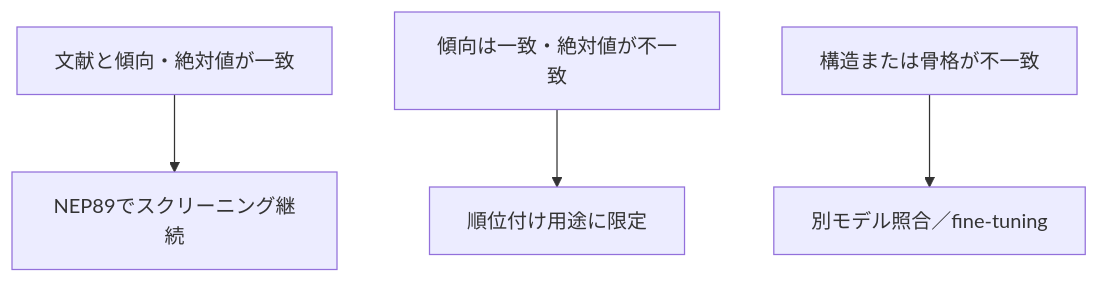
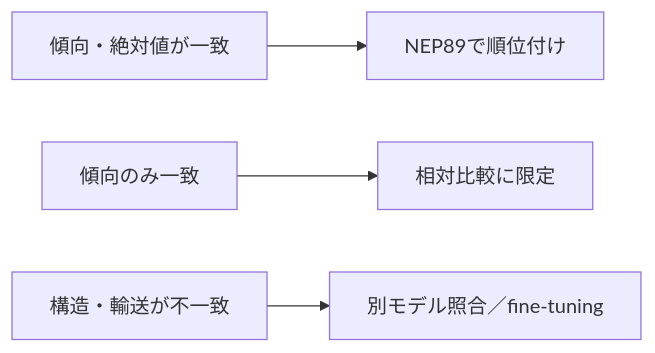
One commit to Long-Brian-Yang/li-research changed the third of 5 diagrams in docs/presentations/pretrained_potential_screening_proposal_7min_ja.md. Above: the diagram before and after it, drawn with Mermaid. The commit also changed other lines of this file, not shown here.

````diff
--- a/docs/presentations/pretrained_potential_screening_proposal_7min_ja.md
+++ b/docs/presentations/pretrained_potential_screening_proposal_7min_ja.md
@@ -244,6 +246,6 @@
 ```mermaid
-flowchart TD
-    A[文献と傾向・絶対値が一致] --> B[NEP89でスクリーニング継続]
-    C[傾向は一致・絶対値が不一致] --> D[順位付け用途に限定]
-    E[構造または骨格が不一致] --> F[別モデル照合／fine-tuning]
+flowchart LR
+    A[傾向・絶対値が一致] --> B[NEP89で順位付け]
+    C[傾向のみ一致] --> D[相対比較に限定]
+    E[構造・輸送が不一致] --> F[別モデル照合／fine-tuning]
 ```
````
